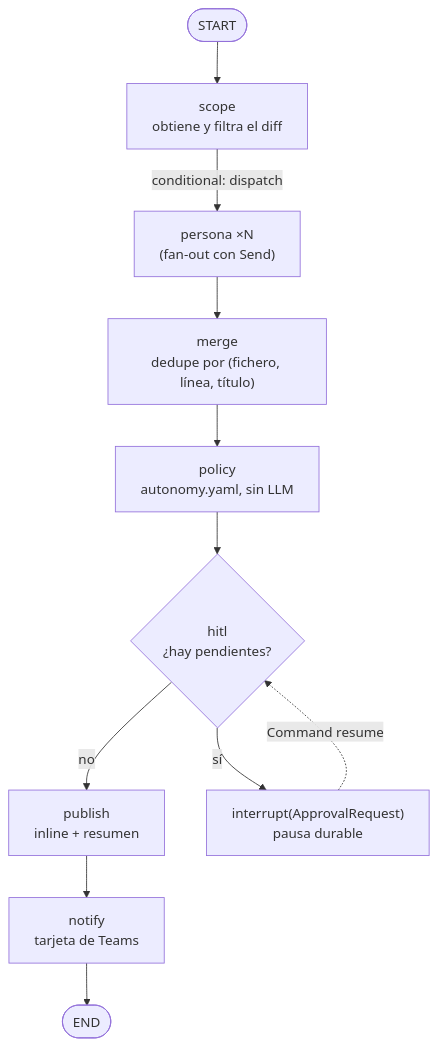
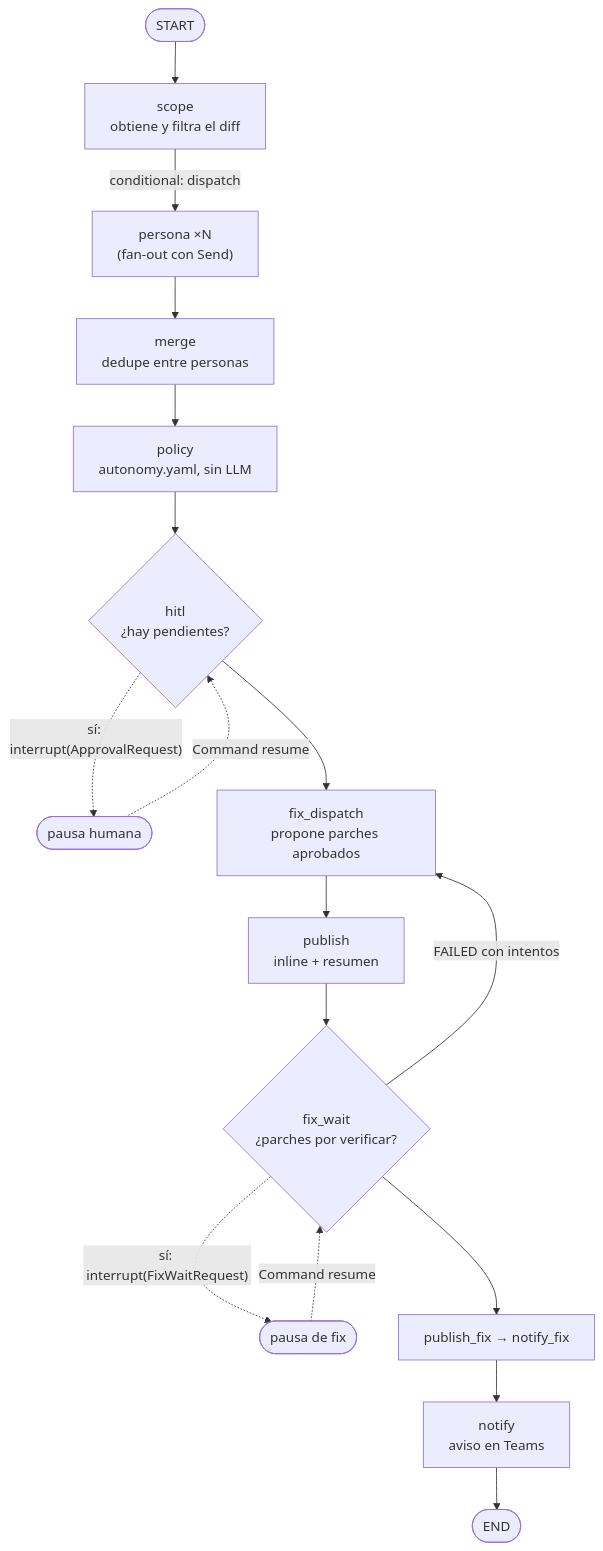
One commit to pcgarat/agent-review-langgraph changed the third of 4 diagrams in docs/edu/README.md. Above: the diagram before and after it, drawn with Mermaid. The commit also changed other lines of this file and 16 other files, not shown here.

First line of the commit message:
feat(teams): cerrar 013 con E2E y middleware; specs 014/009 y edu 11

````diff
--- a/docs/edu/README.md
+++ b/docs/edu/README.md
@@ -123,13 +125,19 @@
 ```mermaid
 flowchart TD
     S([START]) --> scope["scope<br/>obtiene y filtra el diff"]
-    scope -->|conditional: dispatch| P["persona ×N<br/>(fan-out con Send)"]
-    P --> merge["merge<br/>dedupe por (fichero, línea, título)"]
+    scope -->|"conditional: dispatch"| P["persona ×N<br/>(fan-out con Send)"]
+    P --> merge["merge<br/>dedupe entre personas"]
     merge --> policy["policy<br/>autonomy.yaml, sin LLM"]
     policy --> hitl{"hitl<br/>¿hay pendientes?"}
-    hitl -->|no| publish["publish<br/>inline + resumen"]
-    hitl -->|sí| I["interrupt(ApprovalRequest)<br/>pausa durable"]
+    hitl -.->|"sí: interrupt(ApprovalRequest)"| I(["pausa humana"])
     I -.->|Command resume| hitl
-    publish --> notify["notify<br/>tarjeta de Teams"]
+    hitl --> fd["fix_dispatch<br/>propone parches aprobados"]
+    fd --> publish["publish<br/>inline + resumen"]
+    publish --> fw{"fix_wait<br/>¿parches por verificar?"}
+    fw -.->|"sí: interrupt(FixWaitRequest)"| FP(["pausa de fix"])
+    FP -.->|Command resume| fw
+    fw -->|"FAILED con intentos"| fd
+    fw --> pf["publish_fix → notify_fix"]
+    pf --> notify["notify<br/>aviso en Teams"]
     notify --> E([END])
 ```
````
